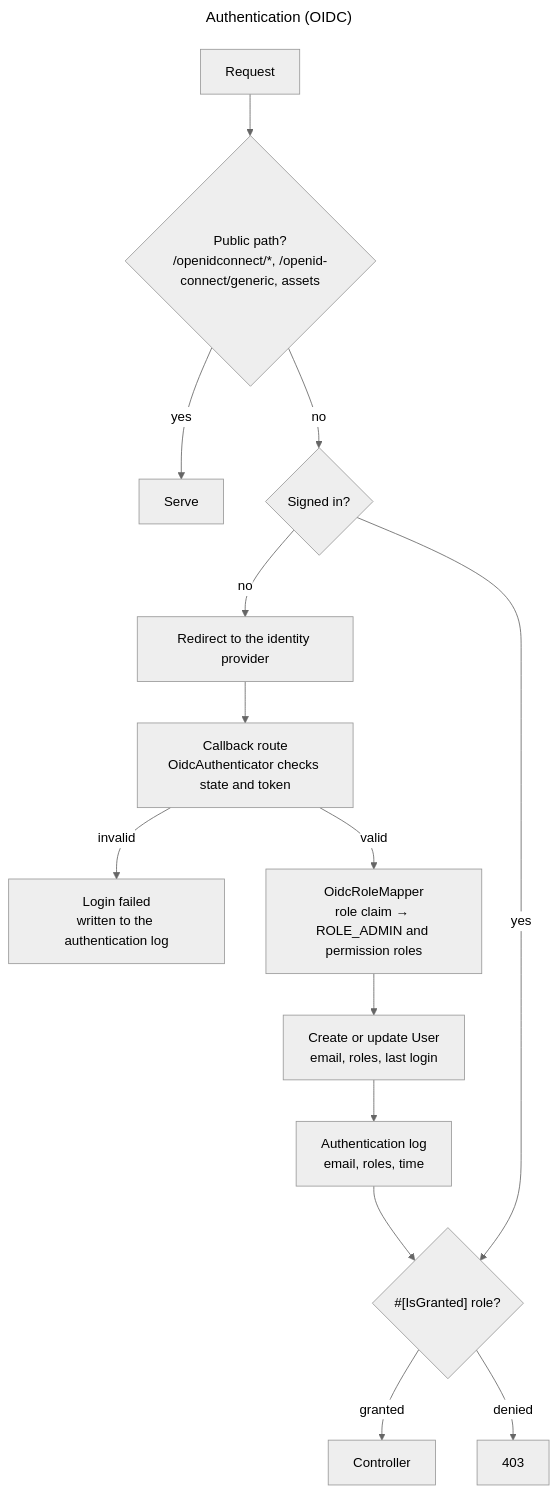
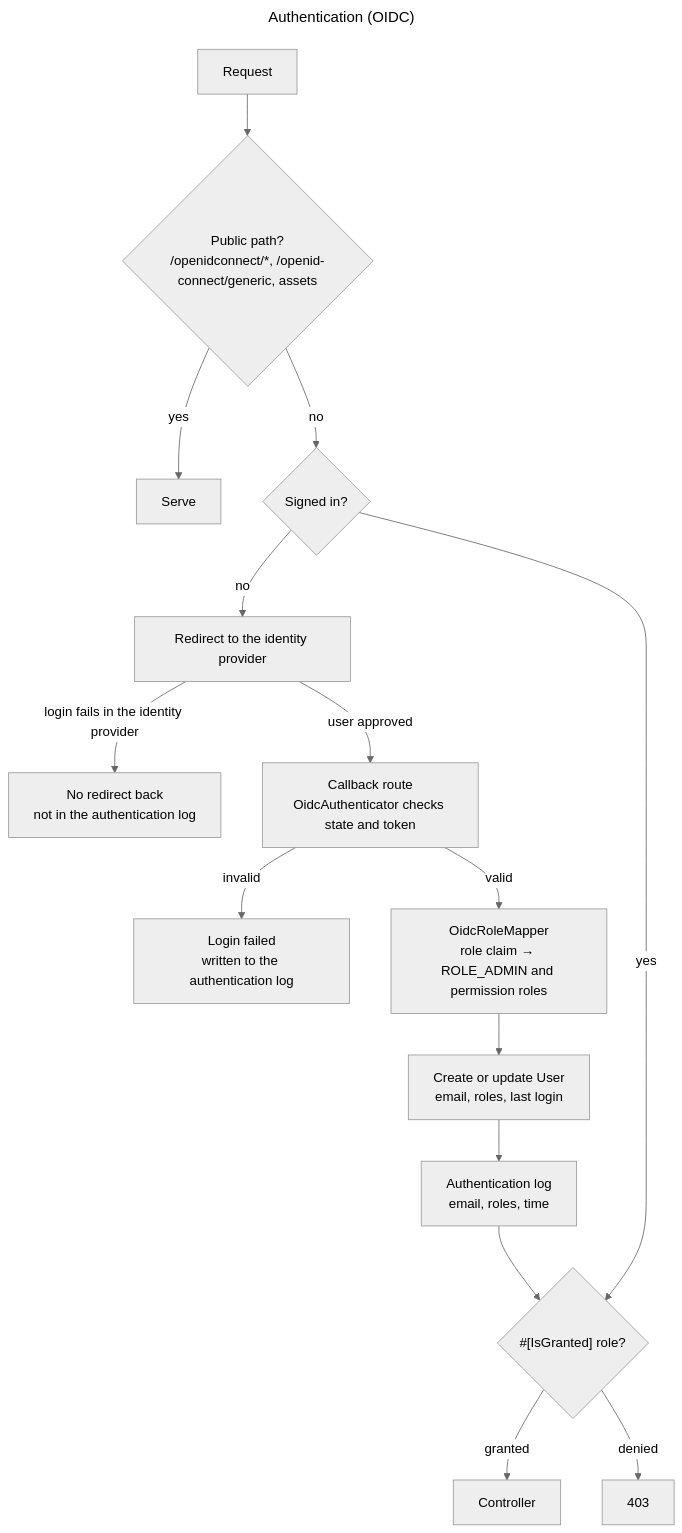
One commit to itk-dev/koerselsoverblik changed the diagram in docs/diagrams/authentication.mmd. Above: the diagram before and after it, drawn with Mermaid (neutral theme). The commit also changed 6 other files, not shown here.

Commit message:
docs: log only failures the identity provider sends back (M1-07)

```diff
--- a/docs/diagrams/authentication.mmd
+++ b/docs/diagrams/authentication.mmd
@@ -1,19 +1,20 @@
 ---
 title: Authentication (OIDC)
 ---
 flowchart TD
     request["Request"] --> public{"Public path?<br/>/openidconnect/*, /openid-connect/generic, assets"}
     public -- yes --> serve["Serve"]
     public -- no --> session{"Signed in?"}
 
     session -- no --> idp["Redirect to the identity provider"]
-    idp --> callback["Callback route<br/>OidcAuthenticator checks state and token"]
+    idp -- "login fails in the identity provider" --> idpfail["No redirect back<br/>not in the authentication log"]
+    idp -- "user approved" --> callback["Callback route<br/>OidcAuthenticator checks state and token"]
     callback -- invalid --> fail["Login failed<br/>written to the authentication log"]
     callback -- valid --> mapper["OidcRoleMapper<br/>role claim → ROLE_ADMIN and permission roles"]
     mapper --> user["Create or update User<br/>email, roles, last login"]
     user --> log["Authentication log<br/>email, roles, time"]
     log --> guard
 
     session -- yes --> guard{"#[IsGranted] role?"}
     guard -- granted --> controller["Controller"]
     guard -- denied --> forbidden["403"]
```
